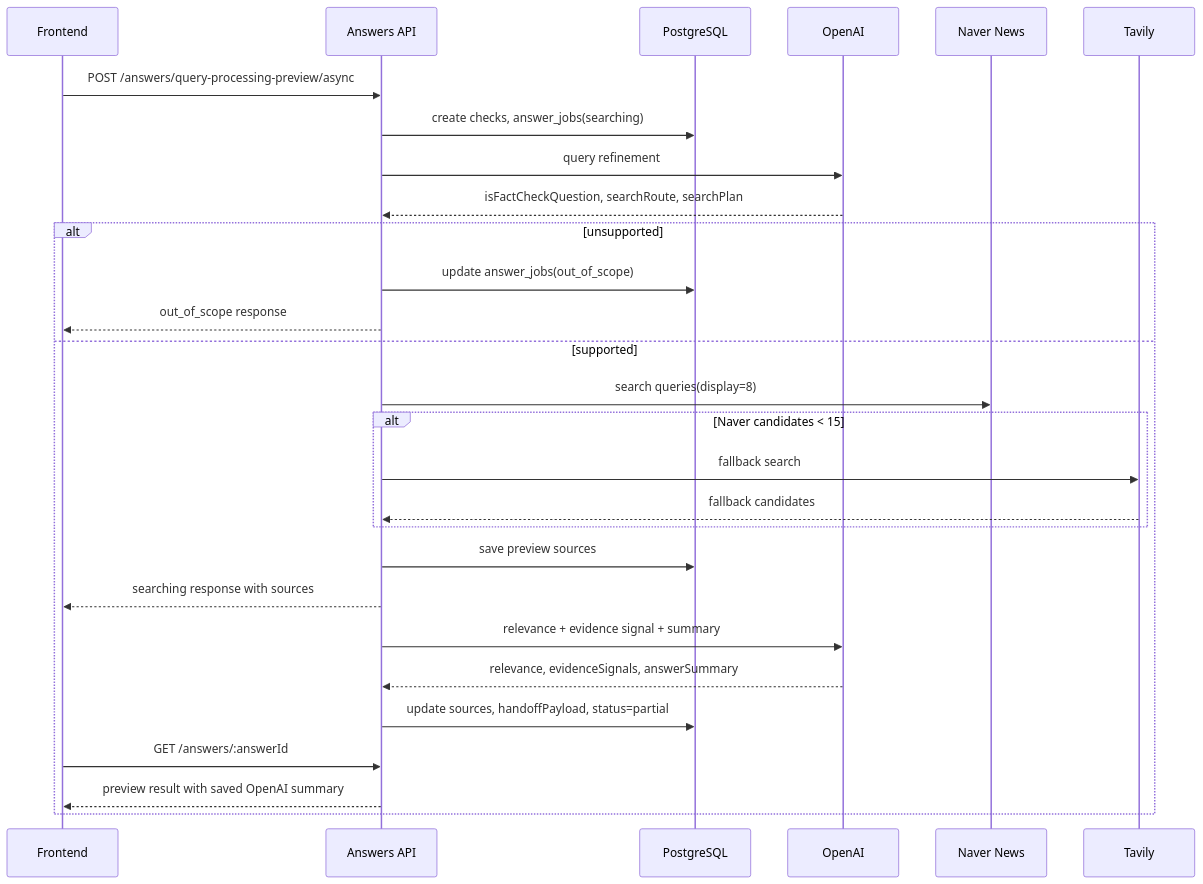
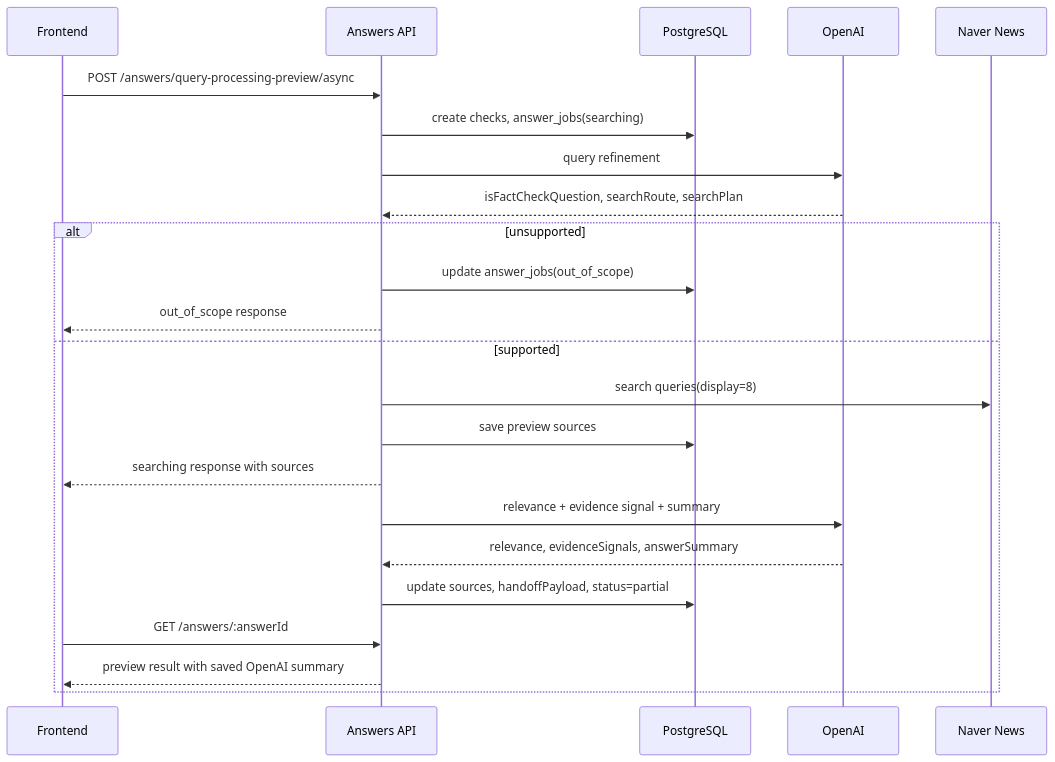
The diagram in docs/answer-query-processing.md (dyjeong576/varo), drawn with Mermaid before and after one commit. The commit also changed other lines of this file and 18 other files, not shown here.

First line of the commit message:
Refactor Answers Providers to Remove Tavily Fallback

````diff
--- a/docs/answer-query-processing.md
+++ b/docs/answer-query-processing.md
@@ -116,31 +112,26 @@
 ```mermaid
 sequenceDiagram
   participant FE as Frontend
   participant API as Answers API
   participant DB as PostgreSQL
   participant OAI as OpenAI
   participant Naver as Naver News
-  participant Tavily as Tavily
 
   FE->>API: POST /answers/query-processing-preview/async
   API->>DB: create checks, answer_jobs(searching)
   API->>OAI: query refinement
   OAI-->>API: isFactCheckQuestion, searchRoute, searchPlan
   alt unsupported
     API->>DB: update answer_jobs(out_of_scope)
     API-->>FE: out_of_scope response
   else supported
     API->>Naver: search queries(display=8)
-    alt Naver candidates < 15
-      API->>Tavily: fallback search
-      Tavily-->>API: fallback candidates
-    end
     API->>DB: save preview sources
     API-->>FE: searching response with sources
     API->>OAI: relevance + evidence signal + summary
     OAI-->>API: relevance, evidenceSignals, answerSummary
     API->>DB: update sources, handoffPayload, status=partial
     FE->>API: GET /answers/:answerId
     API-->>FE: preview result with saved OpenAI summary
   end
 ```
````
